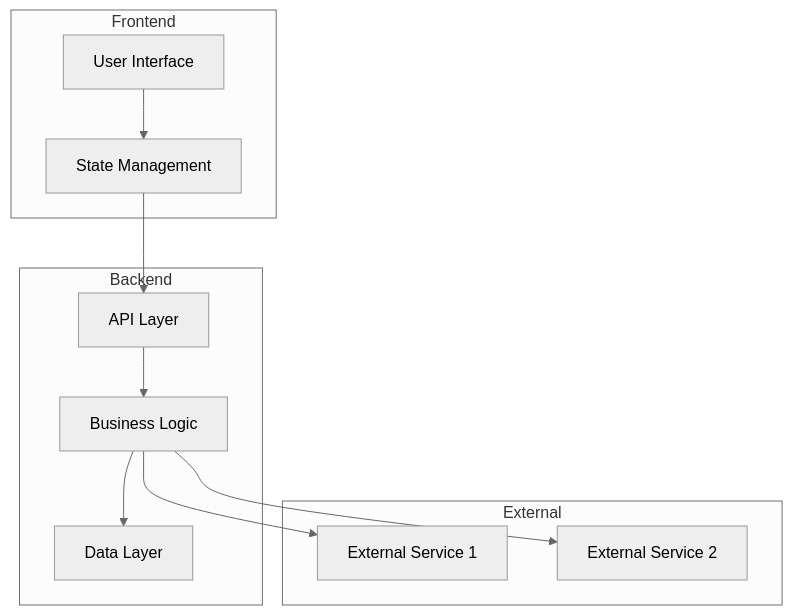
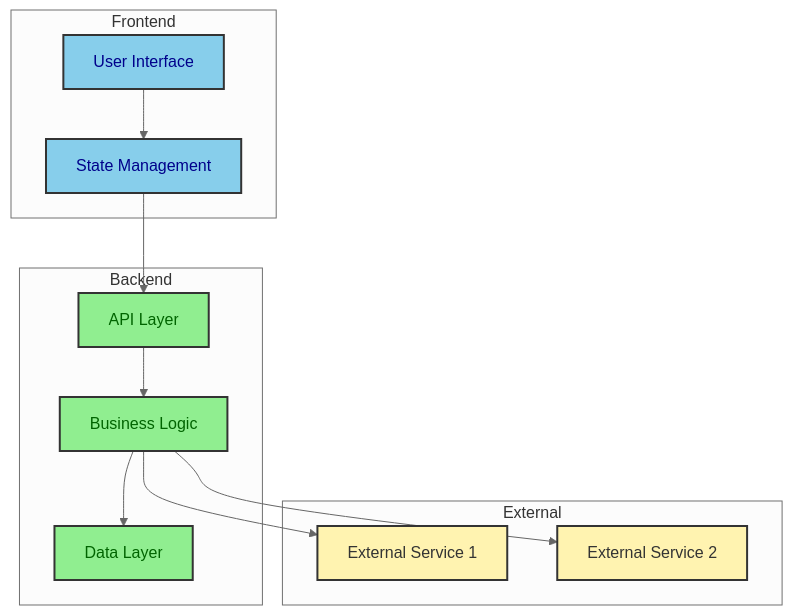
Before and after one commit to kasiopeiya/claude-dev-template: the third of 9 diagrams in .claude/skills/design-doc-mermaid/assets/feature-design-template.md, drawn with Mermaid (neutral theme). The commit also changed other lines of this file and 5 other files, not shown here.

````diff
--- a/.claude/skills/design-doc-mermaid/assets/feature-design-template.md
+++ b/.claude/skills/design-doc-mermaid/assets/feature-design-template.md
@@ -128,25 +136,33 @@
 ```mermaid
 graph TB
     subgraph "Frontend"
         UI[User Interface]
         State[State Management]
     end
 
     subgraph "Backend"
         API[API Layer]
         Service[Business Logic]
         Data[Data Layer]
     end
 
     subgraph "External"
         Ext1[External Service 1]
         Ext2[External Service 2]
     end
 
     UI --> State
     State --> API
     API --> Service
     Service --> Data
     Service --> Ext1
     Service --> Ext2
+
+    classDef frontend fill:#87CEEB,stroke:#333,stroke-width:2px,color:darkblue
+    classDef backend fill:#90EE90,stroke:#333,stroke-width:2px,color:darkgreen
+    classDef external fill:#FFF3B0,stroke:#333,stroke-width:2px,color:#333
+
+    class UI,State frontend
+    class API,Service,Data backend
+    class Ext1,Ext2 external
 ```
````
